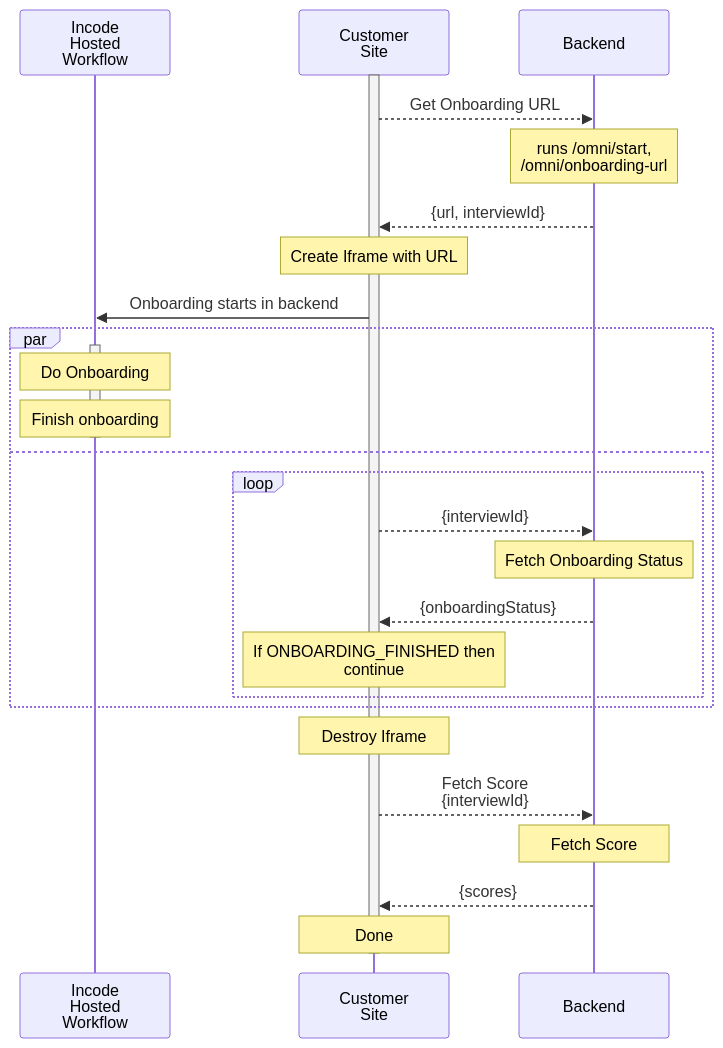
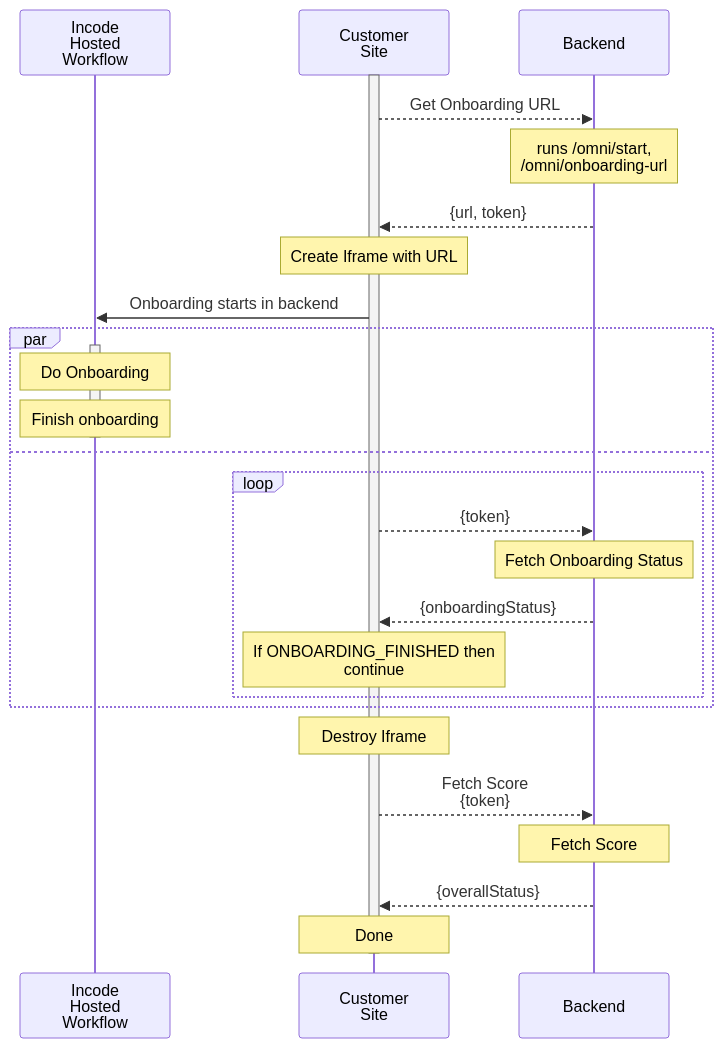
One commit to Incode-Technologies-Example-Repos/onboarding-lowcode-iframe changed the diagram in README.md. Above: the diagram before and after it, drawn with Mermaid. The commit also changed other lines of this file and 8 other files, not shown here.

````diff
--- a/README.md
+++ b/README.md
@@ -6,35 +6,34 @@
 ```mermaid
 sequenceDiagram
     participant i as Incode<br>Hosted<br>Workflow
     participant m as Customer<br>Site
     participant b as Backend
 
     activate m
     m-->>b: Get Onboarding URL
     note over b: runs /omni/start,<br>/omni/onboarding-url
-    b-->>m: {url, interviewId}
+    b-->>m: {url, token}
     note over m: Create Iframe with URL
     m->>i: Onboarding starts in backend
     
     par
         activate i
         note over i: Do Onboarding
         note over i: Finish onboarding
         deactivate i
     and
         loop
-            m-->>b: {interviewId}
+            m-->>b: {token}
             note over b: Fetch Onboarding Status
             b-->>m: {onboardingStatus}
             note over m: If ONBOARDING_FINISHED then<br>continue
         end
     end
     
     note over m: Destroy Iframe
-    m-->>b: Fetch Score<br>{interviewId}
+    m-->>b: Fetch Score<br>{token}
     note over b: Fetch Score
-    
-    b-->>m: {scores}
+    b-->>m: {overallStatus}
     note over m: Done
     deactivate m
 ```
````
